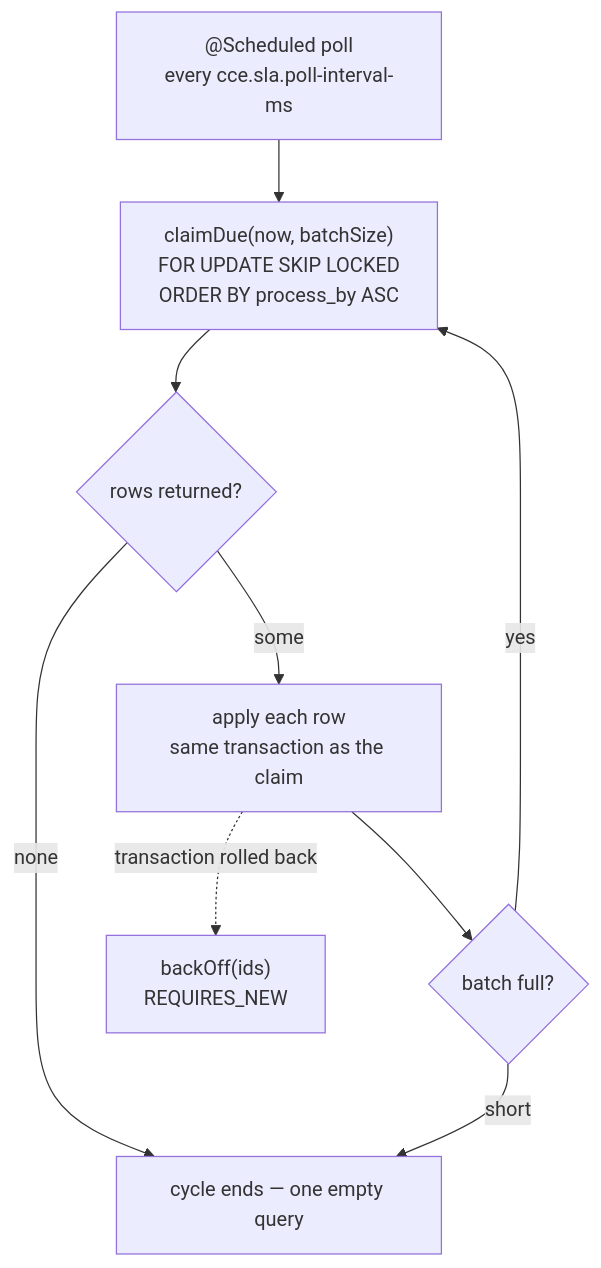
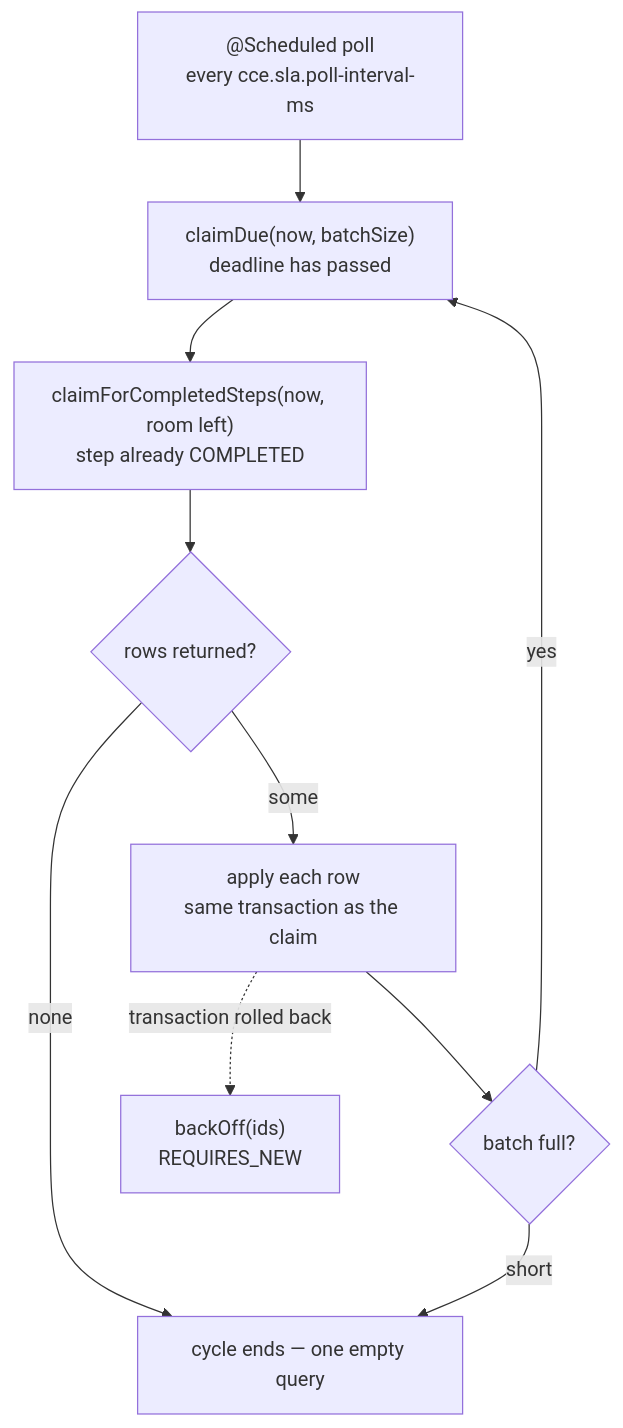
The diagram in docs/architecture-overview.md (Jayaprakash8887/cce-compliance-service), drawn with Mermaid before and after one commit. The commit also changed other lines of this file and 6 other files, not shown here.

````diff
--- a/docs/architecture-overview.md
+++ b/docs/architecture-overview.md
@@ -41,11 +41,12 @@
 ```mermaid
 flowchart TD
-    S["@Scheduled poll<br/>every cce.sla.poll-interval-ms"] --> D["claimDue(now, batchSize)<br/>FOR UPDATE SKIP LOCKED<br/>ORDER BY process_by ASC"]
-    D --> E{"rows returned?"}
+    S["@Scheduled poll<br/>every cce.sla.poll-interval-ms"] --> D["claimDue(now, batchSize)<br/>deadline has passed"]
+    D --> C["claimForCompletedSteps(now, room left)<br/>step already COMPLETED"]
+    C --> E{"rows returned?"}
     E -->|"none"| Z["cycle ends — one empty query"]
     E -->|"some"| A["apply each row<br/>same transaction as the claim"]
     A --> F{"batch full?"}
     F -->|yes| D
     F -->|"short"| Z
     A -.->|"transaction rolled back"| B["backOff(ids)<br/>REQUIRES_NEW"]
 ```
````
